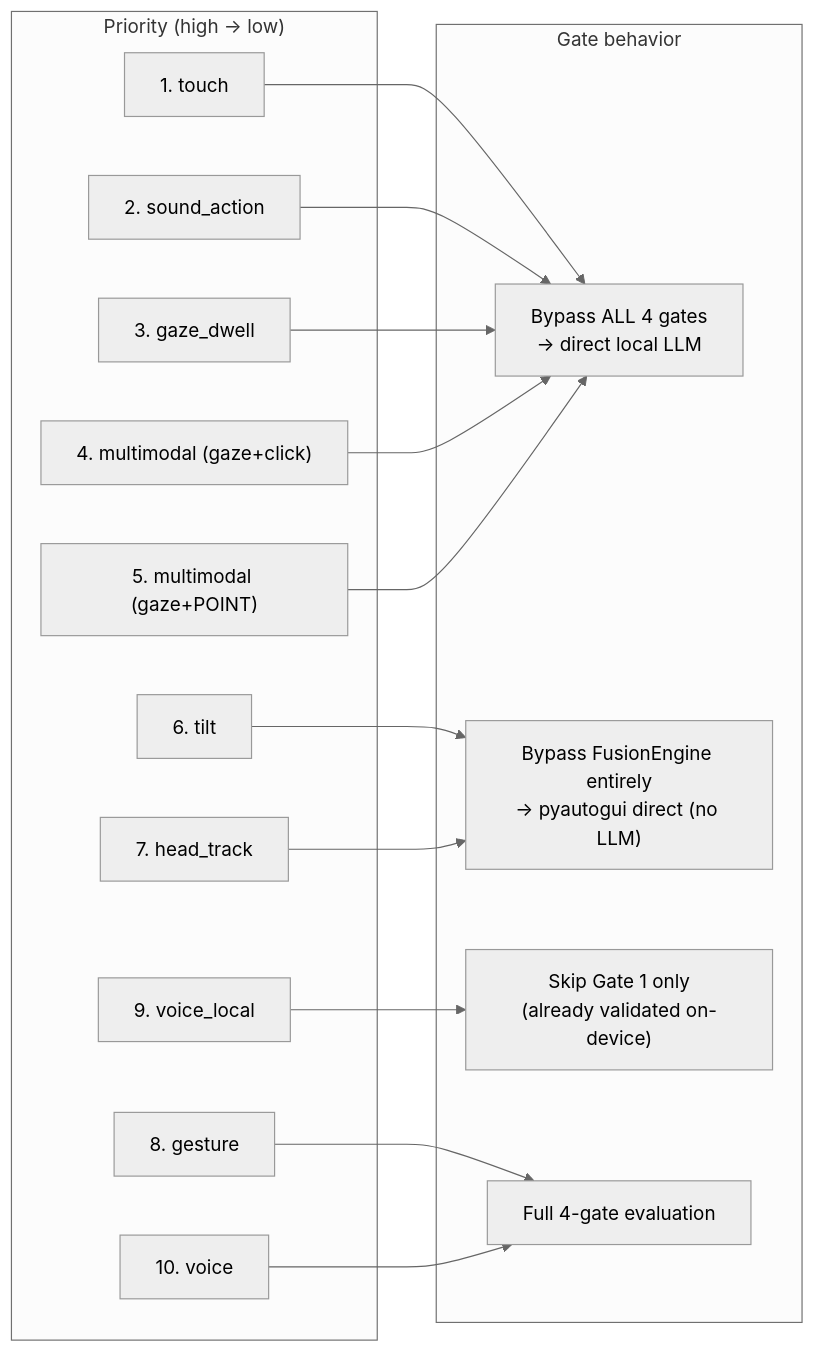
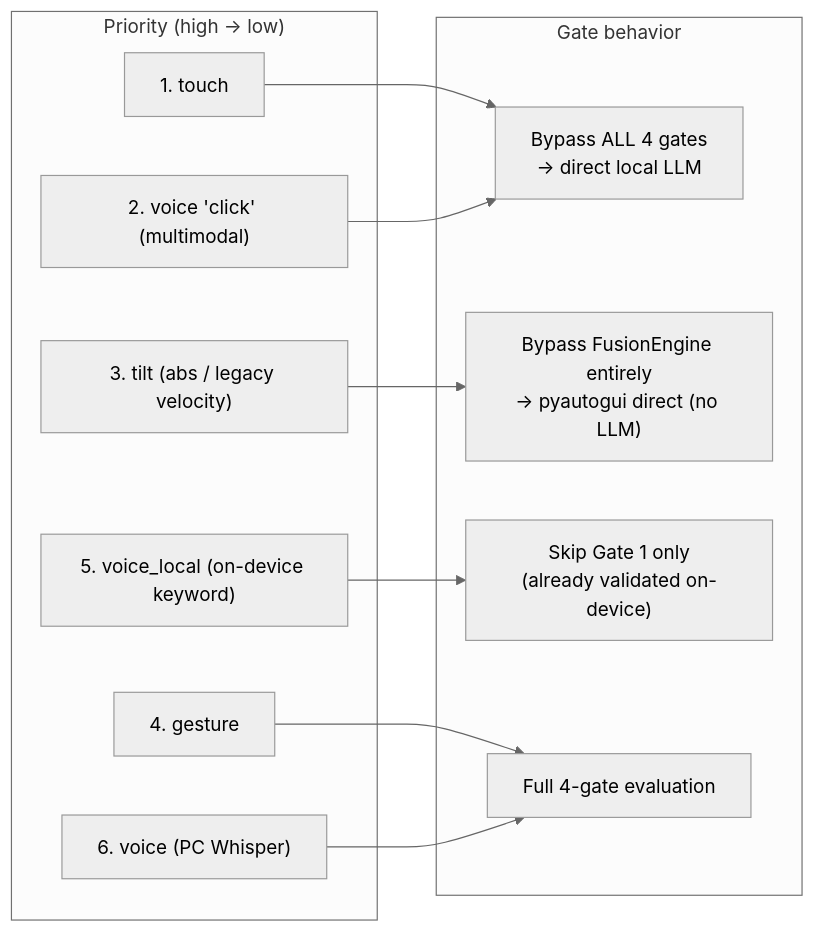
One commit to Bradly187/Personal-Desktop-Agent changed the fifth of 5 diagrams in specs/ipad-sensor-focus/diagrams/06-fusion-routing.md. Above: the diagram before and after it, drawn with Mermaid (neutral theme). The commit also changed other lines of this file and 16 other files, not shown here.

````diff
--- a/specs/ipad-sensor-focus/diagrams/06-fusion-routing.md
+++ b/specs/ipad-sensor-focus/diagrams/06-fusion-routing.md
@@ -225,33 +177,25 @@
 ```mermaid
 flowchart LR
     subgraph PRIORITY["Priority (high → low)"]
         P1["1. touch"]
-        P2["2. sound_action"]
-        P3["3. gaze_dwell"]
-        P4["4. multimodal (gaze+click)"]
-        P5["5. multimodal (gaze+POINT)"]
-        P6["6. tilt"]
-        P7["7. head_track"]
-        P8["8. gesture"]
-        P9["9. voice_local"]
-        P10["10. voice"]
+        P2["2. voice 'click' (multimodal)"]
+        P3["3. tilt (abs / legacy velocity)"]
+        P4["4. gesture"]
+        P5["5. voice_local (on-device keyword)"]
+        P6["6. voice (PC Whisper)"]
     end
 
     subgraph GATES["Gate behavior"]
         G0["Bypass ALL 4 gates\n→ direct local LLM"]
         G_DIRECT["Bypass FusionEngine entirely\n→ pyautogui direct (no LLM)"]
         G_SKIP1["Skip Gate 1 only\n(already validated on-device)"]
         G_FULL["Full 4-gate evaluation"]
     end
 
     P1 --> G0
     P2 --> G0
-    P3 --> G0
-    P4 --> G0
-    P5 --> G0
-    P6 --> G_DIRECT
-    P7 --> G_DIRECT
-    P8 --> G_FULL
-    P9 --> G_SKIP1
-    P10 --> G_FULL
+    P3 --> G_DIRECT
+    P4 --> G_FULL
+    P5 --> G_SKIP1
+    P6 --> G_FULL
 ```
````
